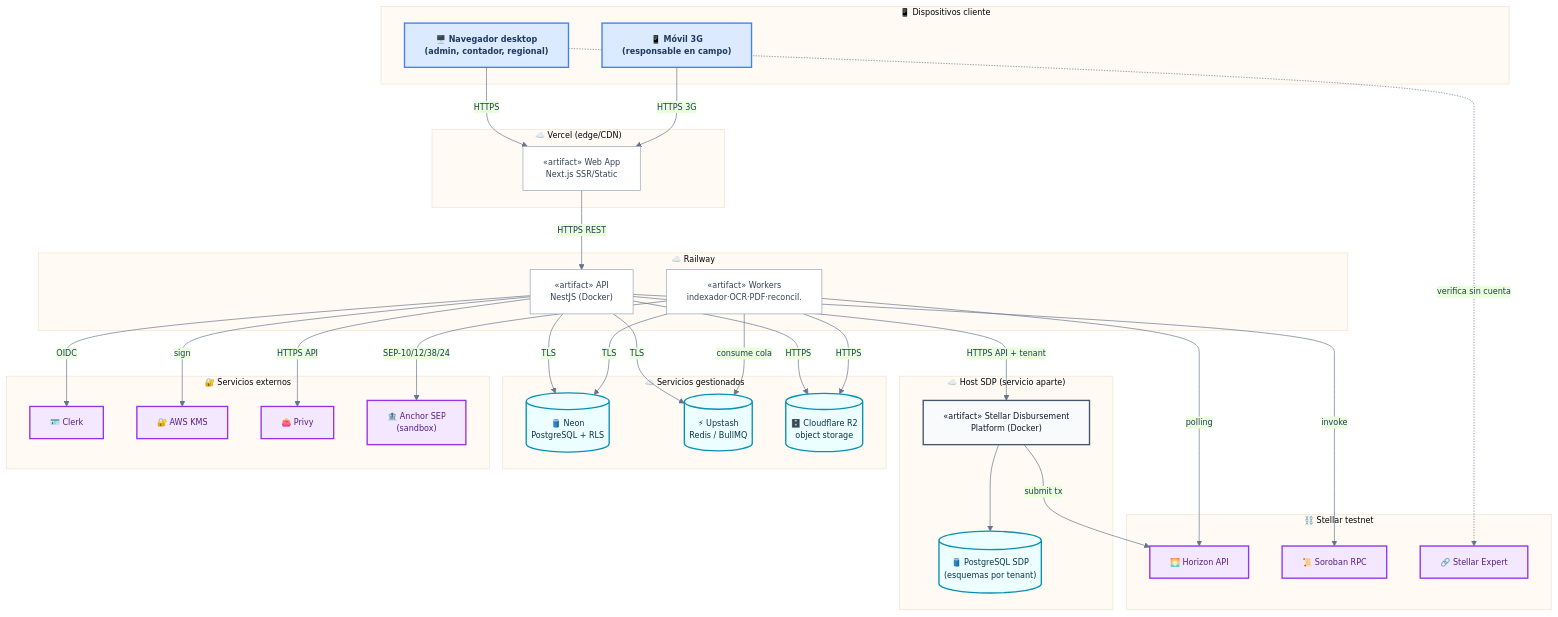
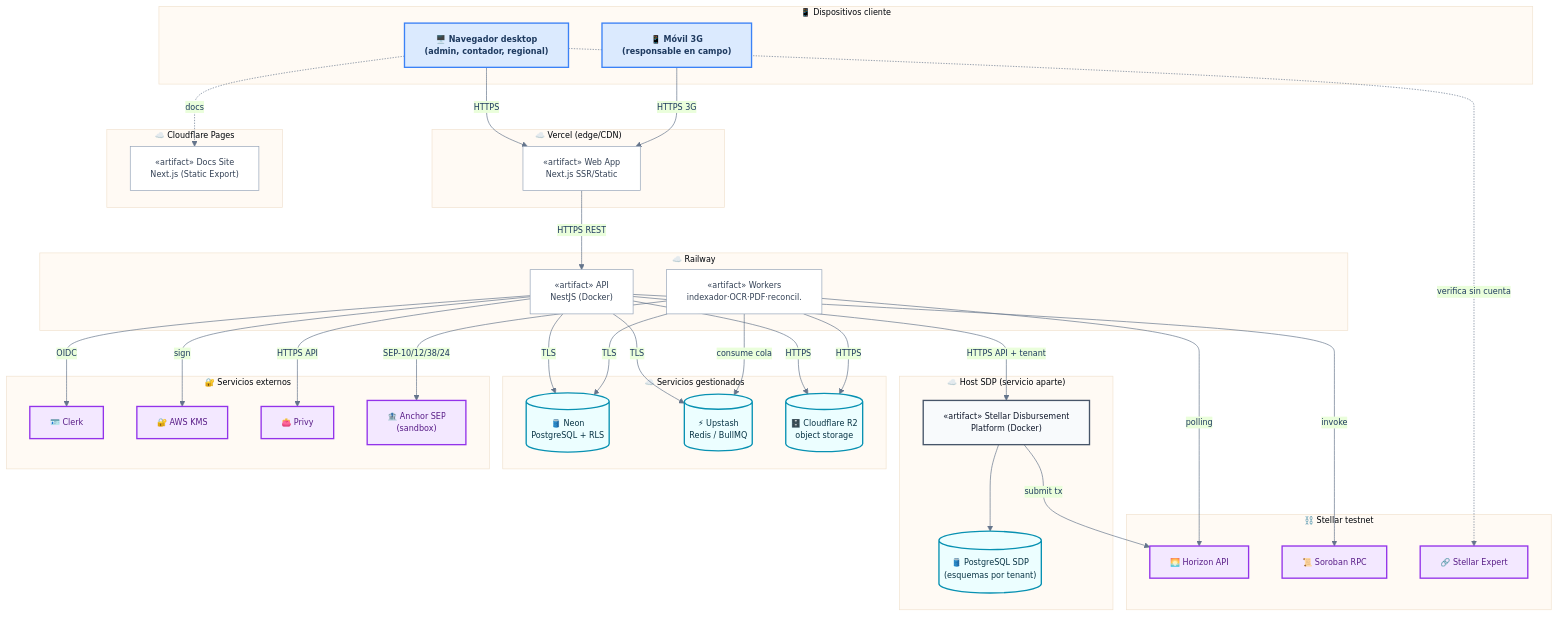
One commit to TrustBid/docs changed the diagram in arquitectura/diagrama-despliegue.md. Above: the diagram before and after it, drawn with Mermaid. The commit also changed other lines of this file and 2 other files, not shown here.

Commit message:
fix(arquitectura): corregir diagramas de secuencia, componentes y despliegue
Secuencia Flujo 1:
- BUG CRÍTICO: el anclaje on-chain ahora ocurre DESPUÉS de validación del Contador
- Añadir invoice_ocr al flujo (INSERT pending → extracted → validated/rejected)
- Añadir Contador como actor participante
- Modelar rama alt/else: validate → anclar on-chain vs. reject → tx_status=failed

Componentes:
- Reemplazar "billing" (incorrecto para ONG) por "ocr-pipeline"
- Añadir Docs Site (Next.js Static / Cloudflare Pages) como contenedor
- Añadir actor Desarrollador/Partner con acceso a Docs Site

Despliegue:
- Añadir nodo Cloudflare Pages con artefacto Docs Site
- Añadir en tabla de nodos y artefactos

````diff
--- a/arquitectura/diagrama-despliegue.md
+++ b/arquitectura/diagrama-despliegue.md
@@ -25,67 +25,72 @@
 ```mermaid
 %%{init: {'theme':'base','themeVariables':{'primaryColor':'#dbeafe','primaryTextColor':'#1e3a5f','primaryBorderColor':'#3b82f6','lineColor':'#64748b','fontSize':'12px'}}}%%
 graph TB
     classDef device fill:#dbeafe,stroke:#3b82f6,stroke-width:2px,color:#1e3a5f,font-weight:bold
     classDef node fill:#f8fafc,stroke:#475569,stroke-width:2px,color:#0f172a
     classDef data fill:#ecfeff,stroke:#0891b2,stroke-width:2px,color:#083344
     classDef ext fill:#f3e8ff,stroke:#9333ea,stroke-width:2px,color:#581c87
     classDef artifact fill:#ffffff,stroke:#94a3b8,stroke-width:1px,color:#334155
 
     subgraph CLIENT ["📱 Dispositivos cliente"]
         BR["🖥️ Navegador desktop<br/>(admin, contador, regional)"]:::device
         MOB["📱 Móvil 3G<br/>(responsable en campo)"]:::device
     end
 
     subgraph VERCEL ["☁️ Vercel (edge/CDN)"]
         WEBN["«artifact» Web App<br/>Next.js SSR/Static"]:::artifact
+    end
+
+    subgraph CFPAGES ["☁️ Cloudflare Pages"]
+        DOCSN["«artifact» Docs Site<br/>Next.js (Static Export)"]:::artifact
     end
 
     subgraph RAILWAY ["☁️ Railway"]
         APIN["«artifact» API<br/>NestJS (Docker)"]:::artifact
         WRKN["«artifact» Workers<br/>indexador·OCR·PDF·reconcil."]:::artifact
     end
 
     subgraph SDPHOST ["☁️ Host SDP (servicio aparte)"]
         SDPN["«artifact» Stellar Disbursement<br/>Platform (Docker)"]:::node
         SDPDB[("🛢️ PostgreSQL SDP<br/>(esquemas por tenant)")]:::data
     end
 
     subgraph MANAGED ["☁️ Servicios gestionados"]
         NEON[("🛢️ Neon<br/>PostgreSQL + RLS")]:::data
         UPS[("⚡ Upstash<br/>Redis / BullMQ")]:::data
         R2N[("🗄️ Cloudflare R2<br/>object storage")]:::data
     end
 
     subgraph CLOUD3 ["🔐 Servicios externos"]
         CLERKN["🪪 Clerk"]:::ext
         KMSN["🔐 AWS KMS"]:::ext
         PRIVYN["👛 Privy"]:::ext
         ANCHORN["🏦 Anchor SEP<br/>(sandbox)"]:::ext
     end
 
     subgraph STELLARNET ["⛓️ Stellar testnet"]
         HORIZON["🌅 Horizon API"]:::ext
         SOROBAN["📜 Soroban RPC"]:::ext
         EXPERT["🔗 Stellar Expert"]:::ext
     end
 
     BR -->|HTTPS| WEBN
     MOB -->|HTTPS 3G| WEBN
+    BR -.docs.-> DOCSN
     WEBN -->|HTTPS REST| APIN
     APIN -->|TLS| NEON
     APIN -->|TLS| UPS
     APIN -->|HTTPS| R2N
     APIN -->|OIDC| CLERKN
     APIN -->|HTTPS API| PRIVYN
     APIN -->|HTTPS API + tenant| SDPN
     WRKN -->|consume cola| UPS
     WRKN -->|TLS| NEON
     WRKN -->|HTTPS| R2N
     WRKN -->|SEP-10/12/38/24| ANCHORN
     WRKN -->|polling| HORIZON
     APIN -->|sign| KMSN
     SDPN --> SDPDB
     SDPN -->|submit tx| HORIZON
     APIN -->|invoke| SOROBAN
     BR -.verifica sin cuenta.-> EXPERT
 ```
````
